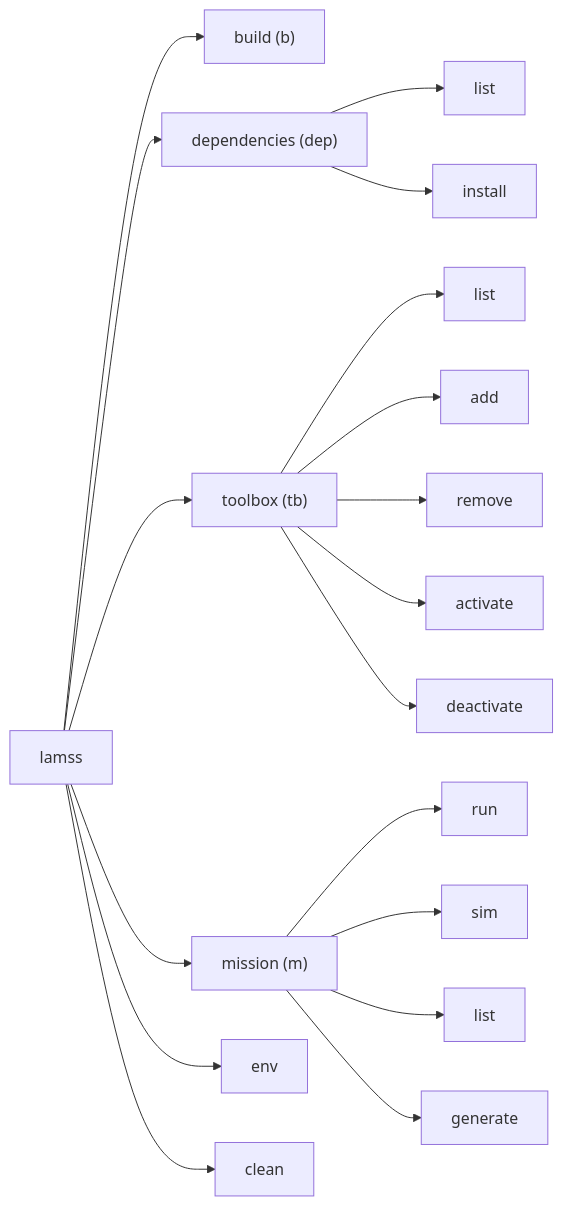
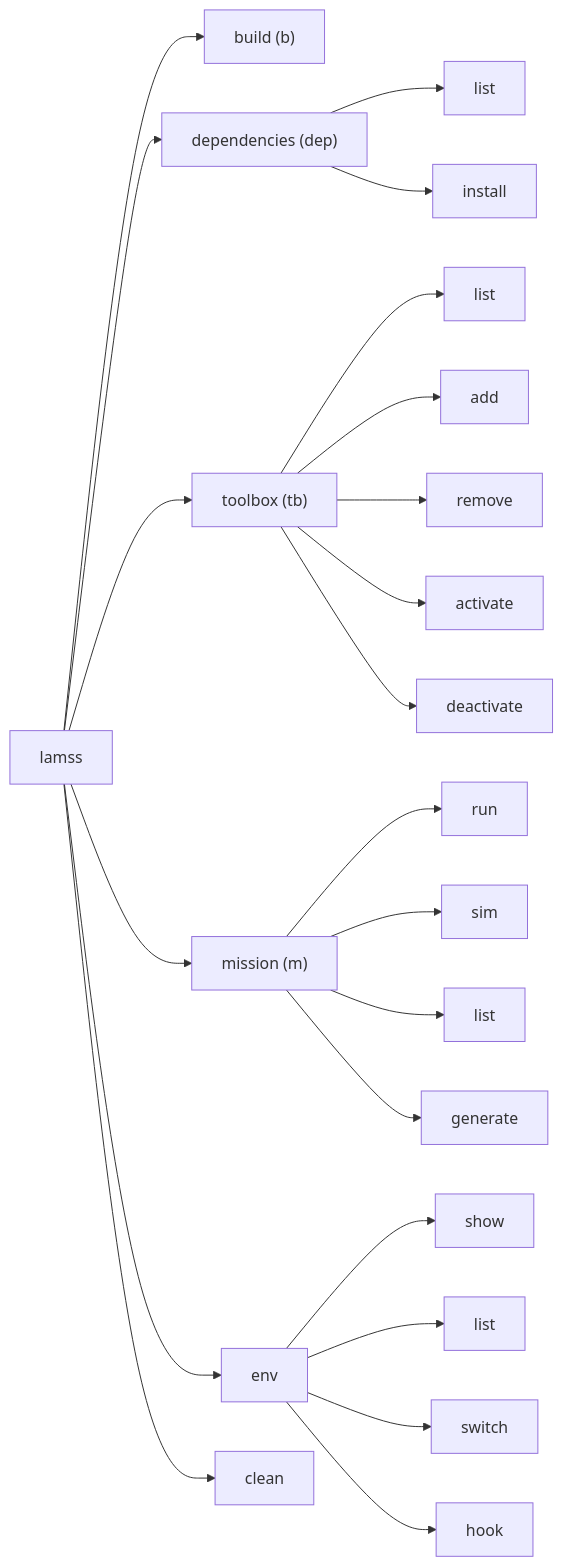
Before and after one commit to GobySoft/lamss3: the second of 2 diagrams in core/src/doc/plan/claude/03-lamss-tool.md, drawn with Mermaid. The commit also changed other lines of this file and 10 other files, not shown here.

````diff
--- a/core/src/doc/plan/claude/03-lamss-tool.md
+++ b/core/src/doc/plan/claude/03-lamss-tool.md
@@ -42,20 +43,24 @@
 ```mermaid
 flowchart LR
   lamss --> build["build (b)"]
   lamss --> dep["dependencies (dep)"]
   dep --> dl[list]
   dep --> di[install]
   lamss --> tb["toolbox (tb)"]
   tb --> tl[list]
   tb --> ta[add]
   tb --> tr[remove]
   tb --> tac[activate]
   tb --> tde[deactivate]
   lamss --> m["mission (m)"]
   m --> run[run]
   m --> sim[sim]
   m --> ml[list]
   m --> mg[generate]
   lamss --> env
+  env --> es[show]
+  env --> el[list]
+  env --> esw[switch]
+  env --> eh[hook]
   lamss --> clean
 ```
````
